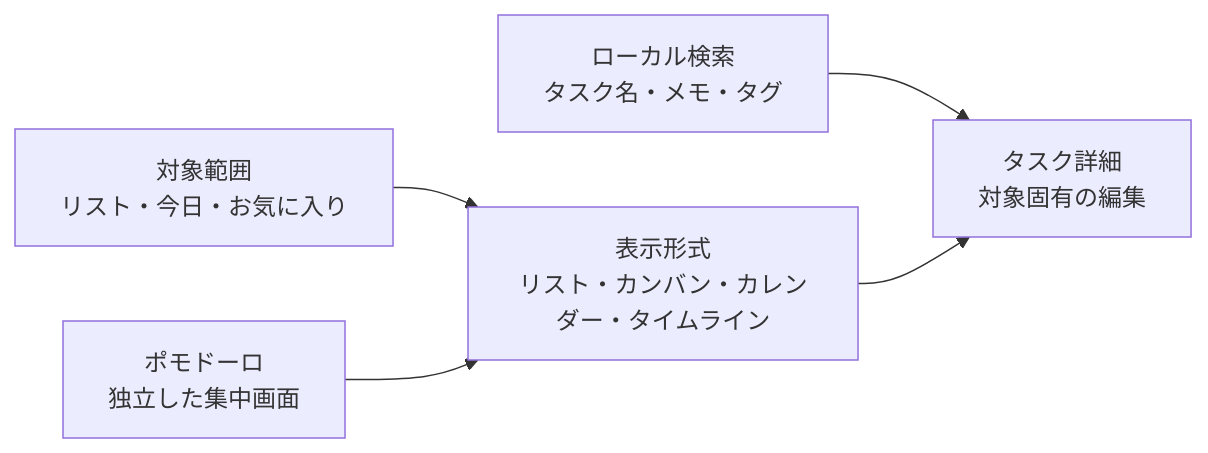
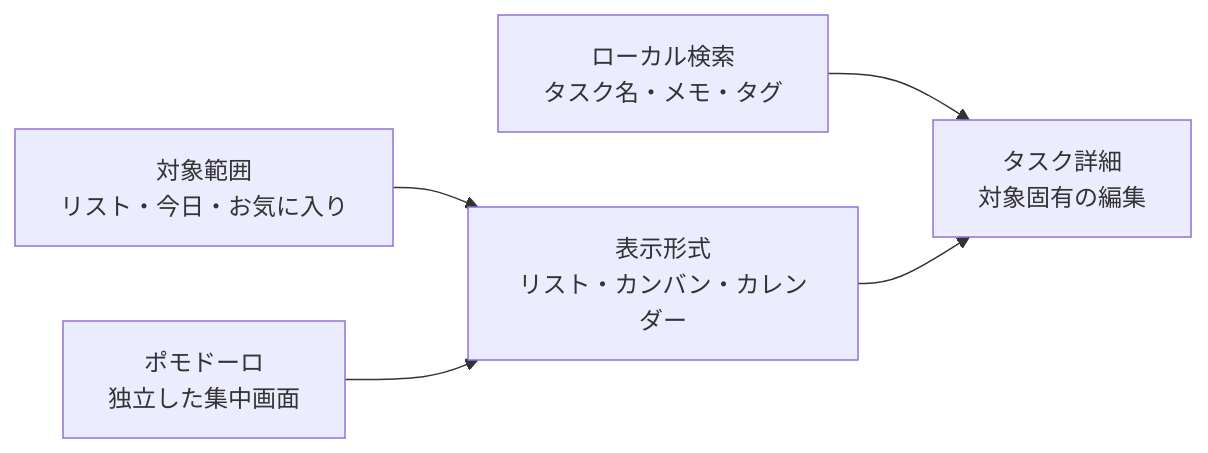
One commit to yt-hsgw/TaskTimer changed the second of 3 diagrams in docs/ui-ux-redesign.md. Above: the diagram before and after it, drawn with Mermaid. The commit also changed other lines of this file and 20 other files, not shown here.

````diff
--- a/docs/ui-ux-redesign.md
+++ b/docs/ui-ux-redesign.md
@@ -271,13 +271,13 @@
 ```mermaid
 flowchart LR
   Scope["対象範囲\nリスト・今日・お気に入り"]
-  Mode["表示形式\nリスト・カンバン・カレンダー・タイムライン"]
+  Mode["表示形式\nリスト・カンバン・カレンダー"]
   Query["ローカル検索\nタスク名・メモ・タグ"]
   Detail["タスク詳細\n対象固有の編集"]
   Focus["ポモドーロ\n独立した集中画面"]
 
   Scope --> Mode
   Query --> Detail
   Mode --> Detail
   Focus --> Mode
 ```
````
